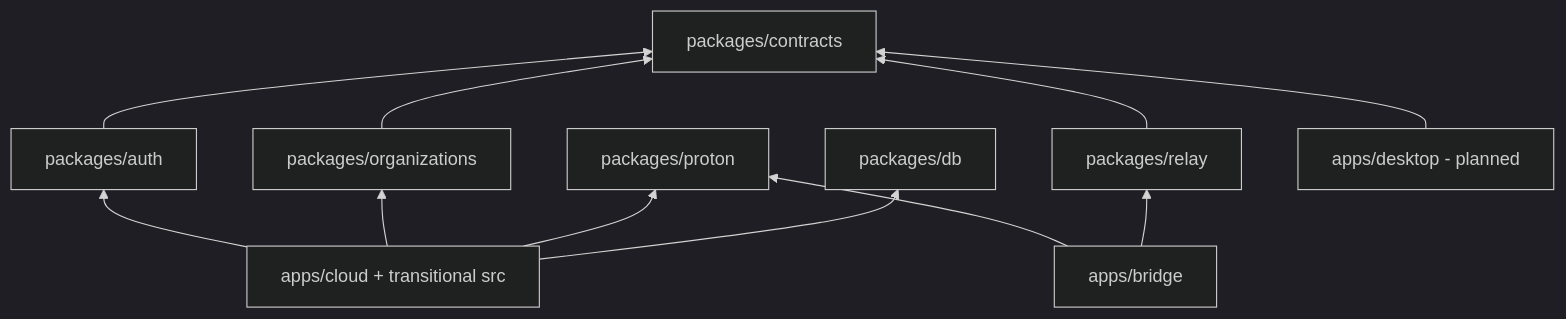
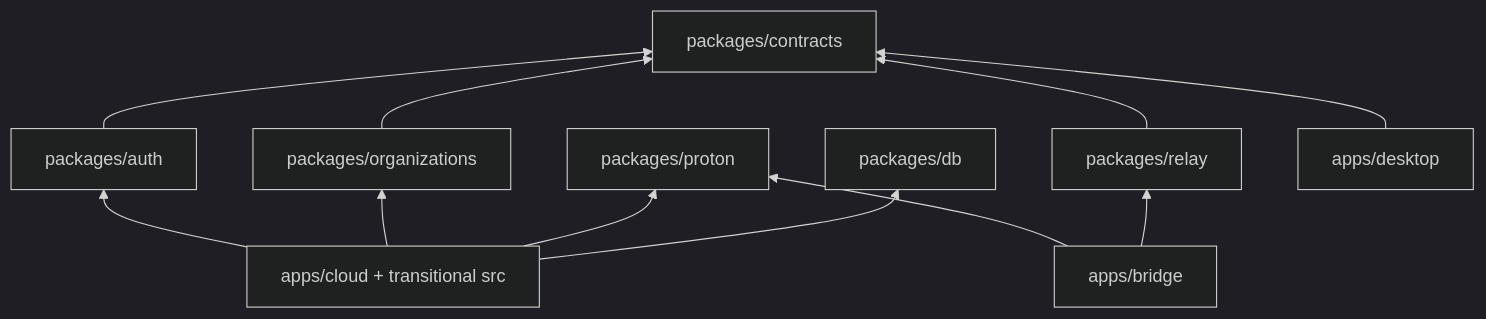
One commit to Thivieira/mailwarden changed the diagram in docs/architecture/MONOREPO.md. Above: the diagram before and after it, drawn with Mermaid (dark theme). The commit also changed other lines of this file and 28 other files, not shown here.

````diff
--- a/docs/architecture/MONOREPO.md
+++ b/docs/architecture/MONOREPO.md
@@ -35,16 +36,16 @@
 ```mermaid
 flowchart BT
   Contracts[packages/contracts]
   Auth[packages/auth] --> Contracts
   Organizations[packages/organizations] --> Contracts
   Relay[packages/relay] --> Contracts
   Proton[packages/proton]
   DB[packages/db]
   Cloud[apps/cloud + transitional src] --> Auth
   Cloud --> Organizations
   Cloud --> Proton
   Cloud --> DB
   Bridge[apps/bridge] --> Proton
   Bridge --> Relay
-  Desktop[apps/desktop - planned] --> Contracts
+  Desktop[apps/desktop] --> Contracts
 ```
````
